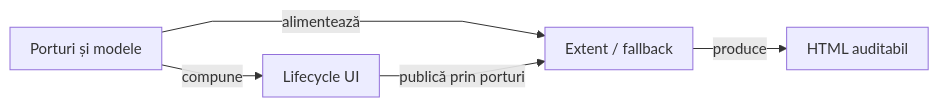
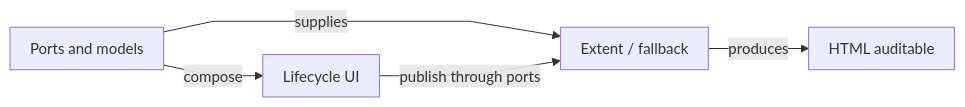
The diagram in atf-reporting/src/main/java/atf/reporting/README.md (crististefanita/atf_j0), drawn with Mermaid before and after one commit. The commit also changed other lines of this file and 113 other files, not shown here.

````diff
--- a/atf-reporting/src/main/java/atf/reporting/README.md
+++ b/atf-reporting/src/main/java/atf/reporting/README.md
@@ -27,8 +28,8 @@
 ```mermaid
 %%{init: {"themeVariables":{"fontSize":"15px"},"themeCSS":".nodeLabel, .nodeLabel p { font-size: 15px !important; line-height: 1.35 !important; } .edgeLabel, .edgeLabel p { font-size: 12px !important; font-weight: 400 !important; line-height: 1.2 !important; } .edgeLabel .labelBkg, .edgeLabel p { background: transparent !important; } .edgeLabel foreignObject { transform: translateY(-18px); overflow: visible; } .node rect { rx: 6px; ry: 6px; }","flowchart":{"curve":"linear","nodeSpacing":24,"rankSpacing":40,"padding":10,"diagramPadding":16}}}%%
 flowchart LR
-    Input["Porturi și modele"] -->|compune| UI["Lifecycle UI"]
-    Input -->|alimentează| Renderer["Extent / fallback"]
-    UI -->|publică prin porturi| Renderer
-    Renderer -->|produce| Artifact["HTML auditabil"]
+    Input["Ports and models"] -->|compose| UI["Lifecycle UI"]
+    Input -->|supplies| Renderer["Extent / fallback"]
+    UI -->|publish through ports| Renderer
+    Renderer -->|produces| Artifact["HTML auditable"]
 ```
````
